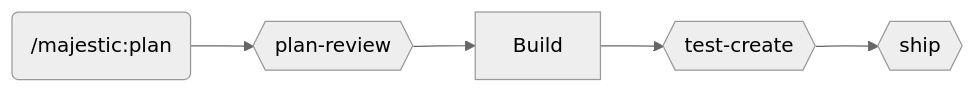
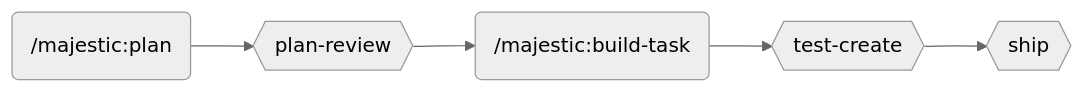
Before and after one commit to majesticlabs-dev/majestic-marketplace: the second of 2 diagrams in plugins/majestic-engineer/README.md, drawn with Mermaid (neutral theme). The commit also changed other lines of this file, not shown here.

Commit message:
docs: replace framework-specific build with /majestic:build-task

````diff
--- a/plugins/majestic-engineer/README.md
+++ b/plugins/majestic-engineer/README.md
@@ -51,7 +44,7 @@
 ```mermaid
 graph LR
     A(/majestic:plan) --> B{{plan-review}}
-    B --> C[Build]
+    B --> C(/majestic:build-task)
     C --> D{{test-create}}
     D --> E{{ship}}
 ```
````
